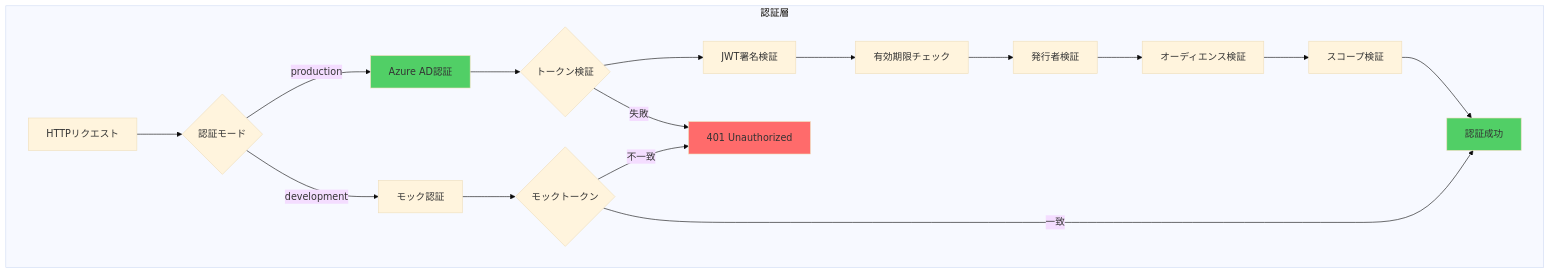
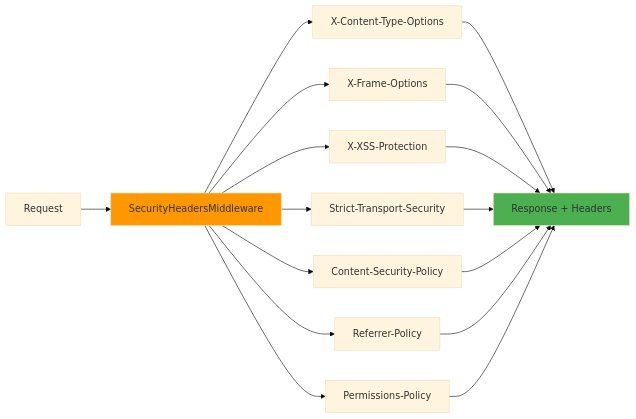
One commit to nomura-koshiro/genai-app-docs changed the third of 10 diagrams in docs/specifications/03-security/03-security-implementation.md. Above: the diagram before and after it, drawn with Mermaid (base theme). The commit also changed other lines of this file and 35 other files, not shown here.

````diff
--- a/docs/specifications/03-security/03-security-implementation.md
+++ b/docs/specifications/03-security/03-security-implementation.md
@@ -787,26 +134,23 @@
 ```mermaid
-graph TB
-    subgraph "認証層"
-        A[HTTPリクエスト] --> B{認証モード}
-        B -->|production| C[Azure AD認証]
-        B -->|development| D[モック認証]
+graph LR
+    Request[Request] --> Middleware[SecurityHeadersMiddleware]
 
-        C --> E{トークン検証}
-        E --> F[JWT署名検証]
-        F --> G[有効期限チェック]
-        G --> H[発行者検証]
-        H --> I[オーディエンス検証]
-        I --> J[スコープ検証]
-        J --> K[認証成功]
+    Middleware --> H1[X-Content-Type-Options]
+    Middleware --> H2[X-Frame-Options]
+    Middleware --> H3[X-XSS-Protection]
+    Middleware --> H4[Strict-Transport-Security]
+    Middleware --> H5[Content-Security-Policy]
+    Middleware --> H6[Referrer-Policy]
+    Middleware --> H7[Permissions-Policy]
 
-        E -->|失敗| L[401 Unauthorized]
+    H1 --> Response[Response + Headers]
+    H2 --> Response
+    H3 --> Response
+    H4 --> Response
+    H5 --> Response
+    H6 --> Response
+    H7 --> Response
 
-        D --> M{モックトークン}
-        M -->|一致| K
-        M -->|不一致| L
-    end
-
-    style C fill:#51cf66
-    style K fill:#51cf66
-    style L fill:#ff6b6b
+    style Middleware fill:#FF9800
+    style Response fill:#4CAF50
 ```
````
